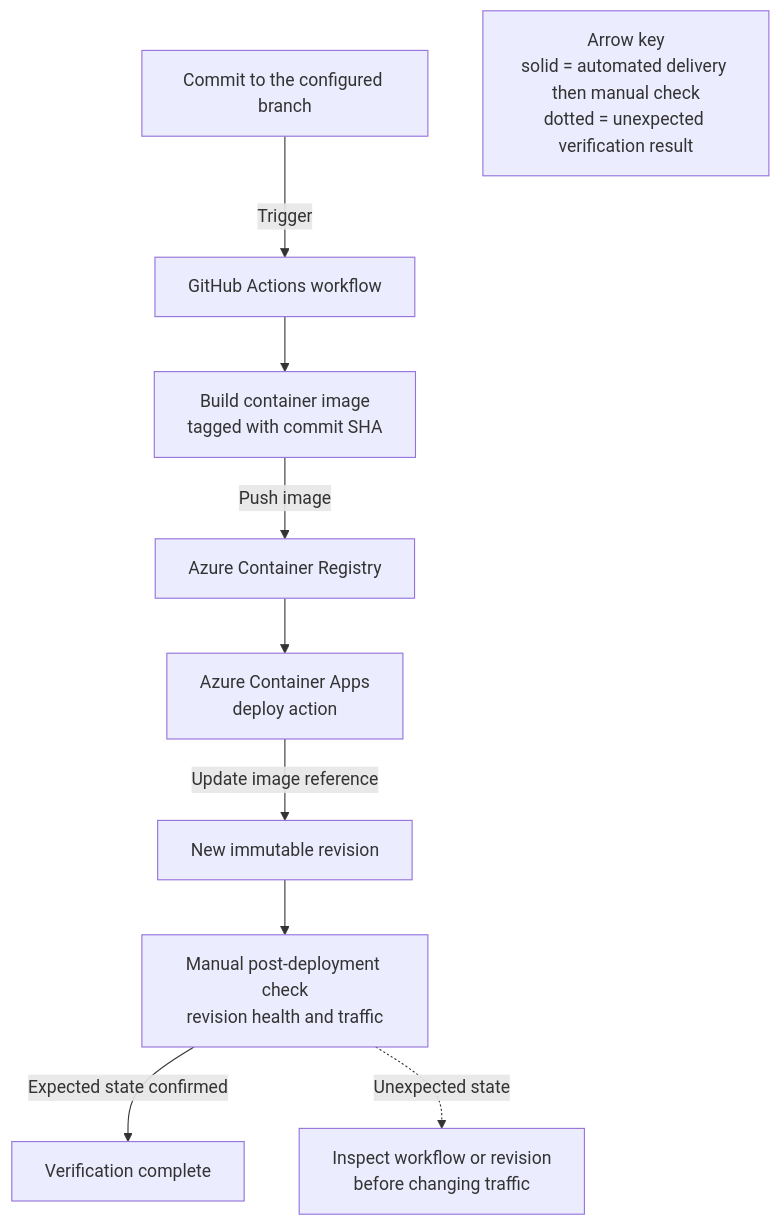
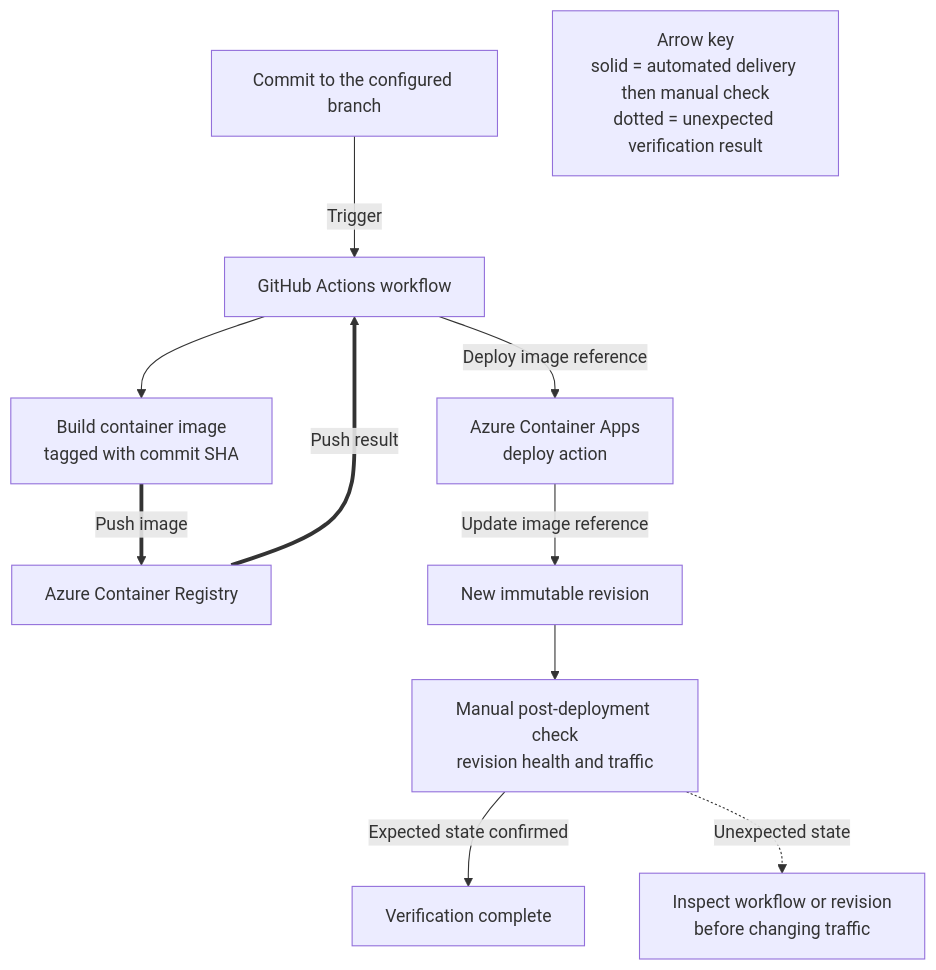
Before and after one commit to yeongseon/azure-container-apps-practical-guide: the second of 2 diagrams in docs/language-guides/nodejs/tutorial/06-ci-cd.md, drawn with Mermaid. The commit also changed other lines of this file and 15 other files, not shown here.

First line of the commit message:
fix(diagrams): correct runtime, tutorial topology and CI/CD diagram paths and record review (#639)

````diff
--- a/docs/language-guides/nodejs/tutorial/06-ci-cd.md
+++ b/docs/language-guides/nodejs/tutorial/06-ci-cd.md
@@ -99,26 +81,27 @@
 ```mermaid
 flowchart TD
     accTitle: GitHub Actions delivery flow for the Node.js container app
-    accDescr: A commit starts a workflow that builds a commit-tagged container image, pushes it to Azure Container Registry, and updates the container app. Tests are an optional addition, while revision health and traffic are verified manually after deployment.
+    accDescr: A commit starts a workflow that builds a commit-tagged image and pushes it to Azure Container Registry. The workflow independently invokes the deploy action with that image reference; ACR returns the push result but does not initiate deployment. Revision health and traffic are then verified manually.
 
     COMMIT["Commit to the configured branch"]
     WORKFLOW["GitHub Actions workflow"]
     IMAGE["Build container image<br/>tagged with commit SHA"]
     ACR["Azure Container Registry"]
     DEPLOY["Azure Container Apps<br/>deploy action"]
     REVISION["New immutable revision"]
     VERIFY["Manual post-deployment check<br/>revision health and traffic"]
     COMPLETE["Verification complete"]
     INVESTIGATE["Inspect workflow or revision<br/>before changing traffic"]
 
     COMMIT -->|"Trigger"| WORKFLOW
     WORKFLOW --> IMAGE
-    IMAGE -->|"Push image"| ACR
-    ACR --> DEPLOY
+    IMAGE ==>|"Push image"| ACR
+    ACR ==>|"Push result"| WORKFLOW
+    WORKFLOW -->|"Deploy image reference"| DEPLOY
     DEPLOY -->|"Update image reference"| REVISION
     REVISION --> VERIFY
     VERIFY -->|"Expected state confirmed"| COMPLETE
     VERIFY -.->|"Unexpected state"| INVESTIGATE
 
     LEGEND["Arrow key<br/>solid = automated delivery then manual check<br/>dotted = unexpected verification result"]
 ```
````
